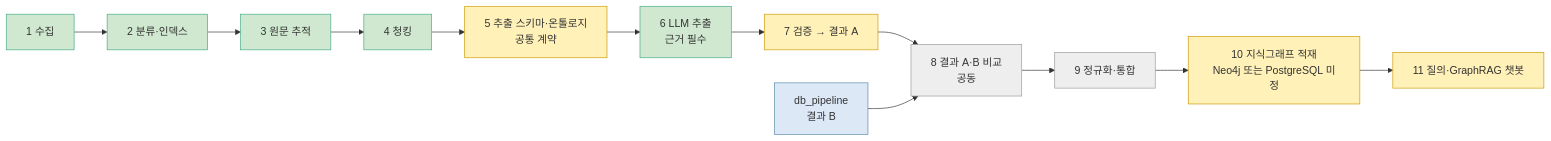
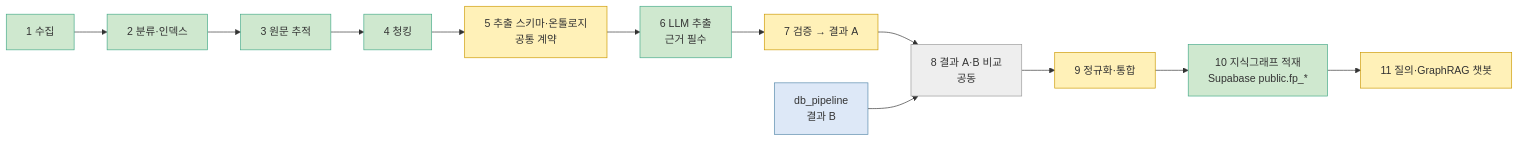
Before and after one commit to encore-ai-campus/mle-02-p2-team3: the second of 3 diagrams in docs/프로젝트-지도.md, drawn with Mermaid. The commit also changed other lines of this file and 7 other files, not shown here.

````diff
--- a/docs/프로젝트-지도.md
+++ b/docs/프로젝트-지도.md
@@ -41,19 +41,19 @@
 ```mermaid
 flowchart LR
     A[1 수집] --> B[2 분류·인덱스] --> C[3 원문 추적] --> D[4 청킹]
     D --> O[5 추출 스키마·온톨로지<br/>공통 계약]
     O --> E[6 LLM 추출<br/>근거 필수]
     E --> F[7 검증 → 결과 A]
     F --> CMP[8 결과 A·B 비교<br/>공동]
     DBP[db_pipeline<br/>결과 B]:::other --> CMP
     CMP --> N[9 정규화·통합]
-    N --> KG[10 지식그래프 적재<br/>Neo4j 또는 PostgreSQL 미정]
+    N --> KG[10 지식그래프 적재<br/>Supabase public.fp_*]
     KG --> Q[11 질의·GraphRAG 챗봇]
     classDef done fill:#cfe8cf,stroke:#4a8
     classDef doing fill:#fff1b8,stroke:#c90
     classDef todo fill:#eee,stroke:#999
     classDef other fill:#dde8f7,stroke:#58a
-    class A,B,C,D,E done
-    class O,F,KG,Q doing
-    class CMP,N todo
+    class A,B,C,D,E,KG done
+    class O,F,N,Q doing
+    class CMP todo
 ```
````
